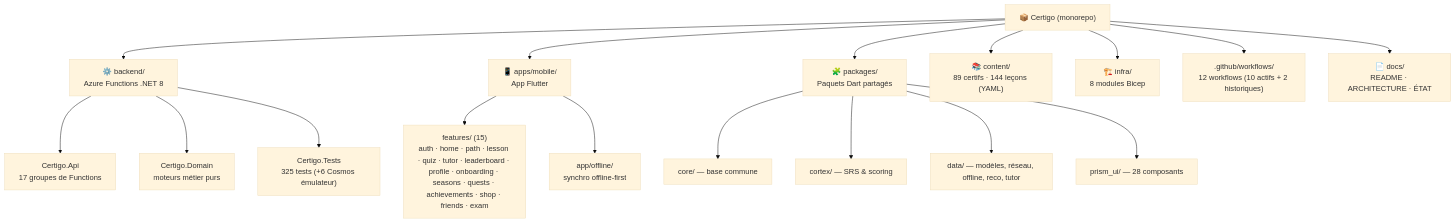
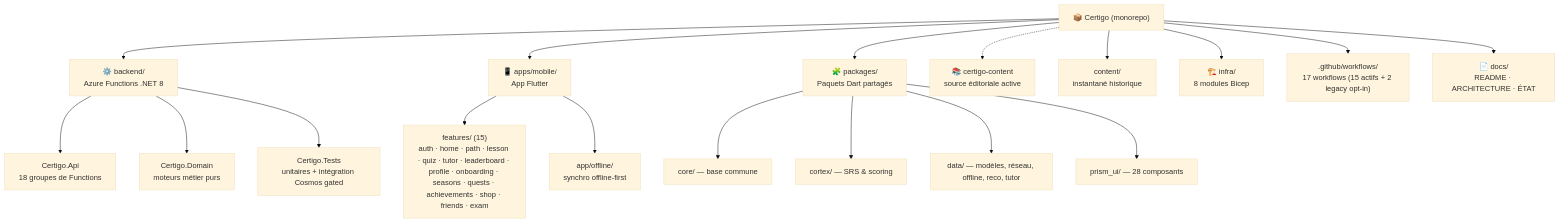
Before and after one commit to gaby27072001/certigo: the first of 5 diagrams in docs/ETAT_DU_PROJET.md, drawn with Mermaid (base theme). The commit also changed other lines of this file and 33 other files, not shown here.

````diff
--- a/docs/ETAT_DU_PROJET.md
+++ b/docs/ETAT_DU_PROJET.md
@@ -60,24 +60,25 @@
 ```mermaid
 graph TD
     ROOT["📦 Certigo (monorepo)"]
 
     ROOT --> BE["⚙️ backend/<br/>Azure Functions .NET 8"]
     ROOT --> APP["📱 apps/mobile/<br/>App Flutter"]
     ROOT --> PKG["🧩 packages/<br/>Paquets Dart partagés"]
-    ROOT --> CNT["📚 content/<br/>89 certifs · 144 leçons (YAML)"]
+    ROOT -.-> CNT["📚 certigo-content<br/>source éditoriale active"]
+    ROOT --> HIST["content/<br/>instantané historique"]
     ROOT --> INF["🏗️ infra/<br/>8 modules Bicep"]
-    ROOT --> CI[".github/workflows/<br/>12 workflows (10 actifs + 2 historiques)"]
+    ROOT --> CI[".github/workflows/<br/>17 workflows (15 actifs + 2 legacy opt-in)"]
     ROOT --> DOC["📄 docs/<br/>README · ARCHITECTURE · ÉTAT"]
 
-    BE --> API["Certigo.Api<br/>17 groupes de Functions"]
+    BE --> API["Certigo.Api<br/>18 groupes de Functions"]
     BE --> DOM["Certigo.Domain<br/>moteurs métier purs"]
-    BE --> TST["Certigo.Tests<br/>325 tests (+6 Cosmos émulateur)"]
+    BE --> TST["Certigo.Tests<br/>unitaires + intégration Cosmos gated"]
 
     PKG --> CORE["core/ — base commune"]
     PKG --> CORTEX["cortex/ — SRS & scoring"]
     PKG --> DATA["data/ — modèles, réseau, offline, reco, tutor"]
     PKG --> PRISM["prism_ui/ — 28 composants"]
 
     APP --> FEAT["features/ (15)<br/>auth · home · path · lesson · quiz · tutor · leaderboard · profile · onboarding · seasons · quests · achievements · shop · friends · exam"]
     APP --> OFF["app/offline/<br/>synchro offline-first"]
 ```
````
